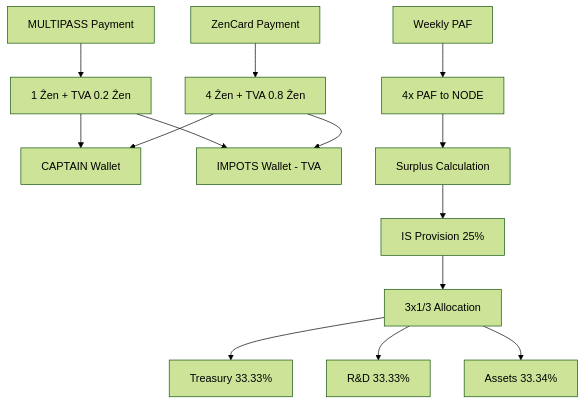
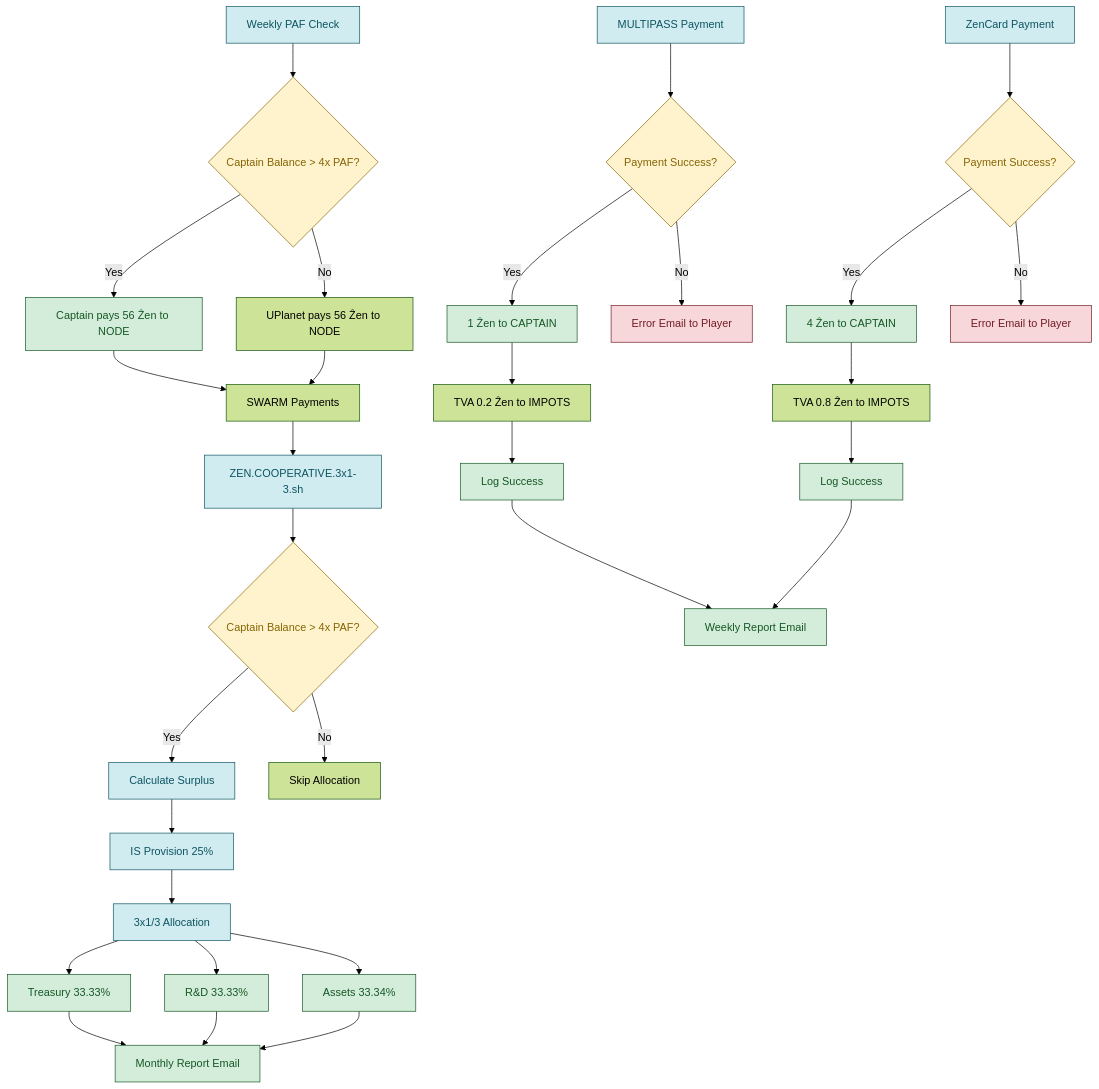
One commit to papiche/Astroport.ONE changed the diagram in RUNTIME/ZEN.ECONOMY.readme.md. Above: the diagram before and after it, drawn with Mermaid (forest theme).

Commit message:
Economy as a Flux

````diff
--- a/RUNTIME/ZEN.ECONOMY.readme.md
+++ b/RUNTIME/ZEN.ECONOMY.readme.md
@@ -74,17 +74,52 @@
 ```mermaid
 graph TD
-    A[MULTIPASS Payment] --> B[1 Ẑen + TVA 0.2 Ẑen]
-    C[ZenCard Payment] --> D[4 Ẑen + TVA 0.8 Ẑen]
-    B --> E[CAPTAIN Wallet]
-    D --> E
-    B --> F[IMPOTS Wallet - TVA]
-    D --> F
+    %% MULTIPASS Payment Flow
+    A[MULTIPASS Payment] --> B{Payment Success?}
+    B -->|Yes| C[1 Ẑen to CAPTAIN]
+    B -->|No| D[Error Email to Player]
+    C --> E[TVA 0.2 Ẑen to IMPOTS]
+    E --> F[Log Success]
     
-    G[Weekly PAF] --> H[4x PAF to NODE]
-    H --> I[Surplus Calculation]
-    I --> J[IS Provision 25%]
-    J --> K[3x1/3 Allocation]
-    K --> L[Treasury 33.33%]
-    K --> M[R&D 33.33%]
-    K --> N[Assets 33.34%]
+    %% ZenCard Payment Flow
+    G[ZenCard Payment] --> H{Payment Success?}
+    H -->|Yes| I[4 Ẑen to CAPTAIN]
+    H -->|No| J[Error Email to Player]
+    I --> K[TVA 0.8 Ẑen to IMPOTS]
+    K --> L[Log Success]
+    
+    %% Weekly PAF Flow
+    M[Weekly PAF Check] --> N{Captain Balance > 4x PAF?}
+    N -->|Yes| O[Captain pays 56 Ẑen to NODE]
+    N -->|No| P[UPlanet pays 56 Ẑen to NODE]
+    O --> Q[SWARM Payments]
+    P --> Q
+    
+    %% Cooperative Allocation
+    Q --> R[ZEN.COOPERATIVE.3x1-3.sh]
+    R --> S{Captain Balance > 4x PAF?}
+    S -->|Yes| T[Calculate Surplus]
+    S -->|No| U[Skip Allocation]
+    T --> V[IS Provision 25%]
+    V --> W[3x1/3 Allocation]
+    W --> X[Treasury 33.33%]
+    W --> Y[R&D 33.33%]
+    W --> Z[Assets 33.34%]
+    
+    %% Email Reports
+    F --> AA[Weekly Report Email]
+    L --> AA
+    X --> BB[Monthly Report Email]
+    Y --> BB
+    Z --> BB
+    
+    %% Styling
+    classDef success fill:#d4edda,stroke:#155724,color:#155724
+    classDef error fill:#f8d7da,stroke:#721c24,color:#721c24
+    classDef process fill:#d1ecf1,stroke:#0c5460,color:#0c5460
+    classDef decision fill:#fff3cd,stroke:#856404,color:#856404
+    
+    class C,I,O,X,Y,Z,F,L,AA,BB success
+    class D,J error
+    class A,G,M,R,T,V,W process
+    class B,H,N,S decision
 ```
````
